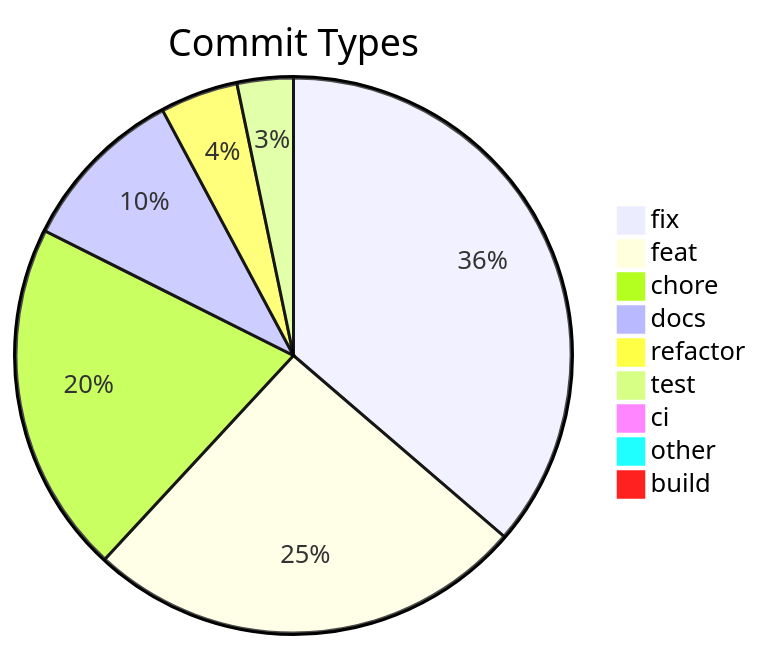
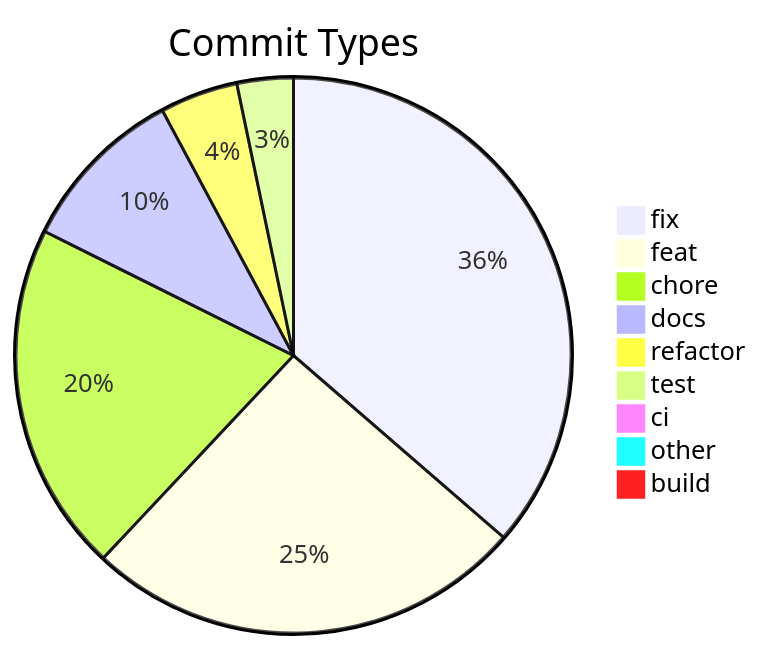
The diagram in .shipwright/compliance/change-history.md (svenroth-ai/shipwright-webui), drawn with Mermaid before and after one commit. The commit also changed other lines of this file and 26 other files, not shown here.

````diff
--- a/.shipwright/compliance/change-history.md
+++ b/.shipwright/compliance/change-history.md
@@ -8,12 +8,12 @@
 ```mermaid
 pie title Commit Types
     "fix" : 200
     "feat" : 141
-    "chore" : 113
+    "chore" : 112
     "docs" : 54
     "refactor" : 25
     "test" : 18
     "ci" : 5
     "other" : 4
     "build" : 1
 ```
````
